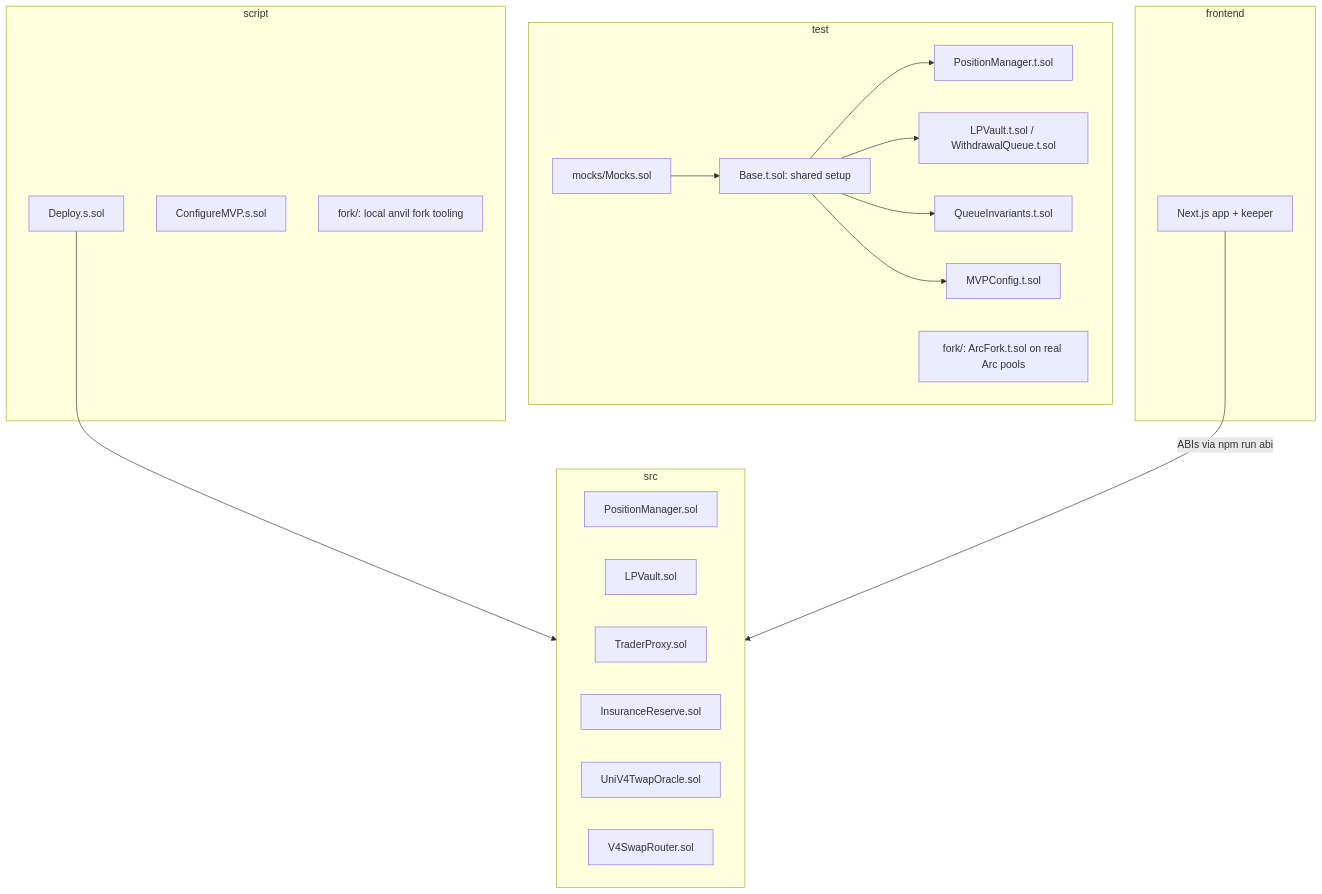
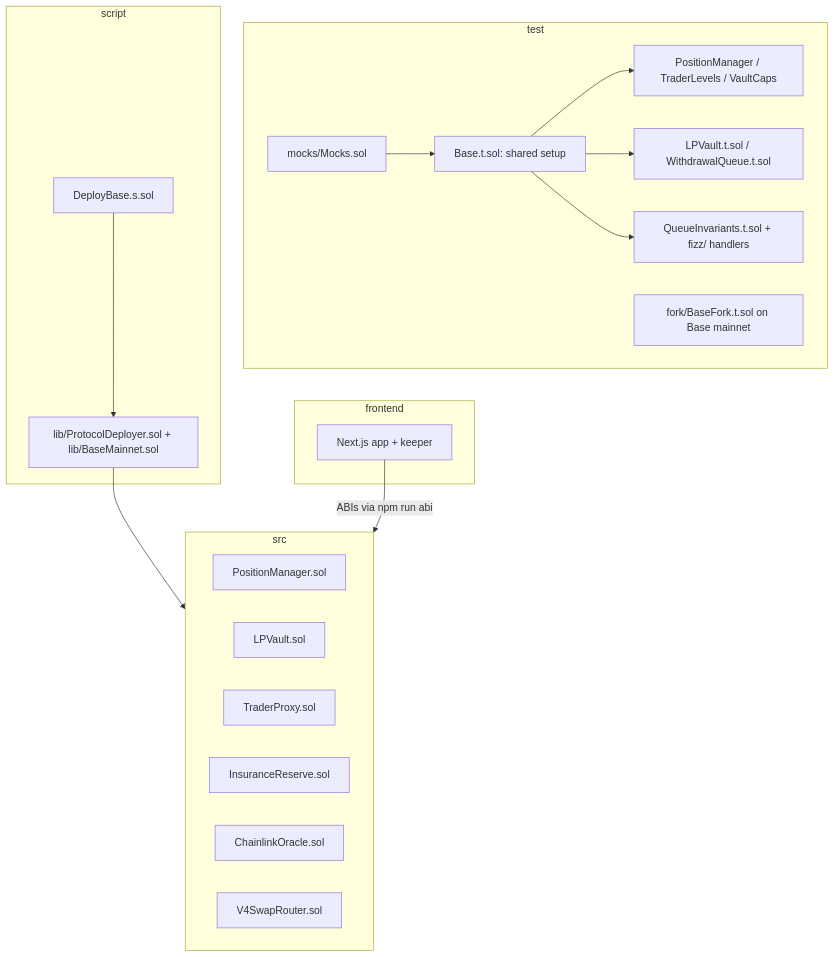
The first of 3 diagrams in DEVELOPMENT.md (Niraj-Kamdar/decentralised-prop-trading), drawn with Mermaid before and after one commit. The commit also changed other lines of this file and 4 other files, not shown here.

First line of the commit message:
docs: describe the Base deployment, Chainlink oracle and trader levels

````diff
--- a/DEVELOPMENT.md
+++ b/DEVELOPMENT.md
@@ -30,32 +29,30 @@
 ```mermaid
 flowchart TB
     subgraph src
         PM[PositionManager.sol]
         LPV[LPVault.sol]
         TP[TraderProxy.sol]
         IR[InsuranceReserve.sol]
-        OV[UniV4TwapOracle.sol]
+        OV[ChainlinkOracle.sol]
         SR[V4SwapRouter.sol]
     end
     subgraph test
         BT[Base.t.sol: shared setup]
-        PMT[PositionManager.t.sol]
+        PMT[PositionManager / TraderLevels / VaultCaps]
         LPT[LPVault.t.sol / WithdrawalQueue.t.sol]
-        INV[QueueInvariants.t.sol]
-        MVP[MVPConfig.t.sol]
-        FK[fork/: ArcFork.t.sol on real Arc pools]
+        INV[QueueInvariants.t.sol + fizz/ handlers]
+        FK[fork/BaseFork.t.sol on Base mainnet]
         MK[mocks/Mocks.sol]
     end
     subgraph script
-        D[Deploy.s.sol]
-        C[ConfigureMVP.s.sol]
-        F[fork/: local anvil fork tooling]
+        D[DeployBase.s.sol]
+        PD[lib/ProtocolDeployer.sol + lib/BaseMainnet.sol]
     end
     subgraph frontend
         APP[Next.js app + keeper]
     end
-    BT --> PMT & LPT & INV & MVP
+    BT --> PMT & LPT & INV
     MK --> BT
-    D --> src
+    D --> PD --> src
     APP -- "ABIs via npm run abi" --> src
 ```
````
